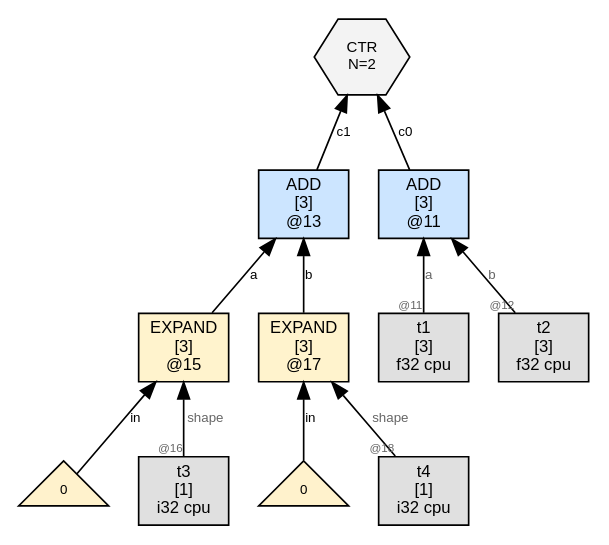
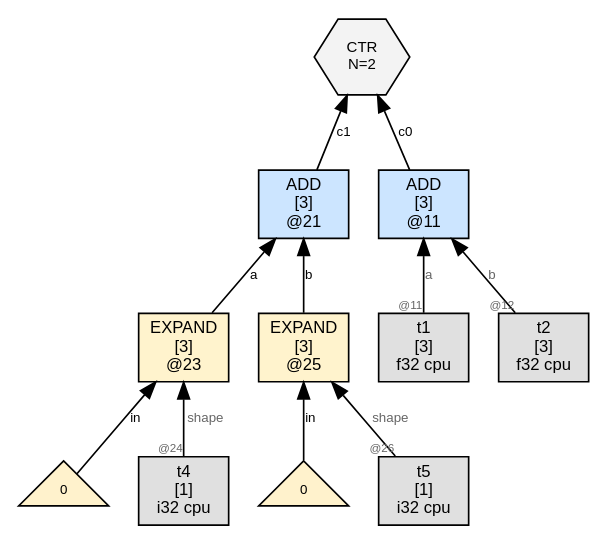
Before and after one commit to sw1sh/TinyHVM: the diagram in wl/examples/thvm_graphs/grad_rules/target_nomatch/thvm_2_post_sweep.dot, drawn with Graphviz. The commit also changed 6 other files, not shown here.

```diff
--- a/wl/examples/thvm_graphs/grad_rules/target_nomatch/thvm_2_post_sweep.dot
+++ b/wl/examples/thvm_graphs/grad_rules/target_nomatch/thvm_2_post_sweep.dot
@@ -1,27 +1,27 @@
 digraph G {
   rankdir=BT;
   node [fontname="Helvetica", fontsize=10, style=filled, shape=box, margin="0.1,0.05"];
   edge [fontsize=8, fontname="Helvetica"];
 
   n11 [label="ADD\n[3]\n@11", shape=box, fillcolor="#cce5ff"];
   t1 [label="t1\n[3]\nf32 cpu",shape=box,fillcolor="#e0e0e0"];
   t1 -> n11 [label="a",taillabel="@11",labelfontsize=7,fontcolor="#666666"];
   t2 [label="t2\n[3]\nf32 cpu",shape=box,fillcolor="#e0e0e0"];
   t2 -> n11 [label="b",taillabel="@12",labelfontsize=7,fontcolor="#666666"];
-  n13 [label="ADD\n[3]\n@13", shape=box, fillcolor="#cce5ff"];
-  n15 -> n13 [label="a"];
-  n17 -> n13 [label="b"];
-  ctr6 [label="CTR\nN=2", shape=hexagon, fillcolor="#f3f3f3", fontsize=9];
-  n11 -> ctr6 [label="c0"];
-  n13 -> ctr6 [label="c1"];
-  n15 [label="EXPAND\n[3]\n@15", shape=box, fillcolor="#fff3cd"];
-  num15_0 [label="0",shape=triangle,fillcolor="#fff2cc",fontsize=8];
-  num15_0 -> n15 [label="in"];
-  t3 [label="t3\n[1]\ni32 cpu",shape=box,fillcolor="#e0e0e0"];
-  t3 -> n15 [label="shape",taillabel="@16",labelfontsize=7,fontcolor="#666666"];
-  n17 [label="EXPAND\n[3]\n@17", shape=box, fillcolor="#fff3cd"];
-  num17_0 [label="0",shape=triangle,fillcolor="#fff2cc",fontsize=8];
-  num17_0 -> n17 [label="in"];
+  n21 [label="ADD\n[3]\n@21", shape=box, fillcolor="#cce5ff"];
+  n23 -> n21 [label="a"];
+  n25 -> n21 [label="b"];
+  ctr8 [label="CTR\nN=2", shape=hexagon, fillcolor="#f3f3f3", fontsize=9];
+  n11 -> ctr8 [label="c0"];
+  n21 -> ctr8 [label="c1"];
+  n23 [label="EXPAND\n[3]\n@23", shape=box, fillcolor="#fff3cd"];
+  num23_0 [label="0",shape=triangle,fillcolor="#fff2cc",fontsize=8];
+  num23_0 -> n23 [label="in"];
   t4 [label="t4\n[1]\ni32 cpu",shape=box,fillcolor="#e0e0e0"];
-  t4 -> n17 [label="shape",taillabel="@18",labelfontsize=7,fontcolor="#666666"];
+  t4 -> n23 [label="shape",taillabel="@24",labelfontsize=7,fontcolor="#666666"];
+  n25 [label="EXPAND\n[3]\n@25", shape=box, fillcolor="#fff3cd"];
+  num25_0 [label="0",shape=triangle,fillcolor="#fff2cc",fontsize=8];
+  num25_0 -> n25 [label="in"];
+  t5 [label="t5\n[1]\ni32 cpu",shape=box,fillcolor="#e0e0e0"];
+  t5 -> n25 [label="shape",taillabel="@26",labelfontsize=7,fontcolor="#666666"];
 }
```
